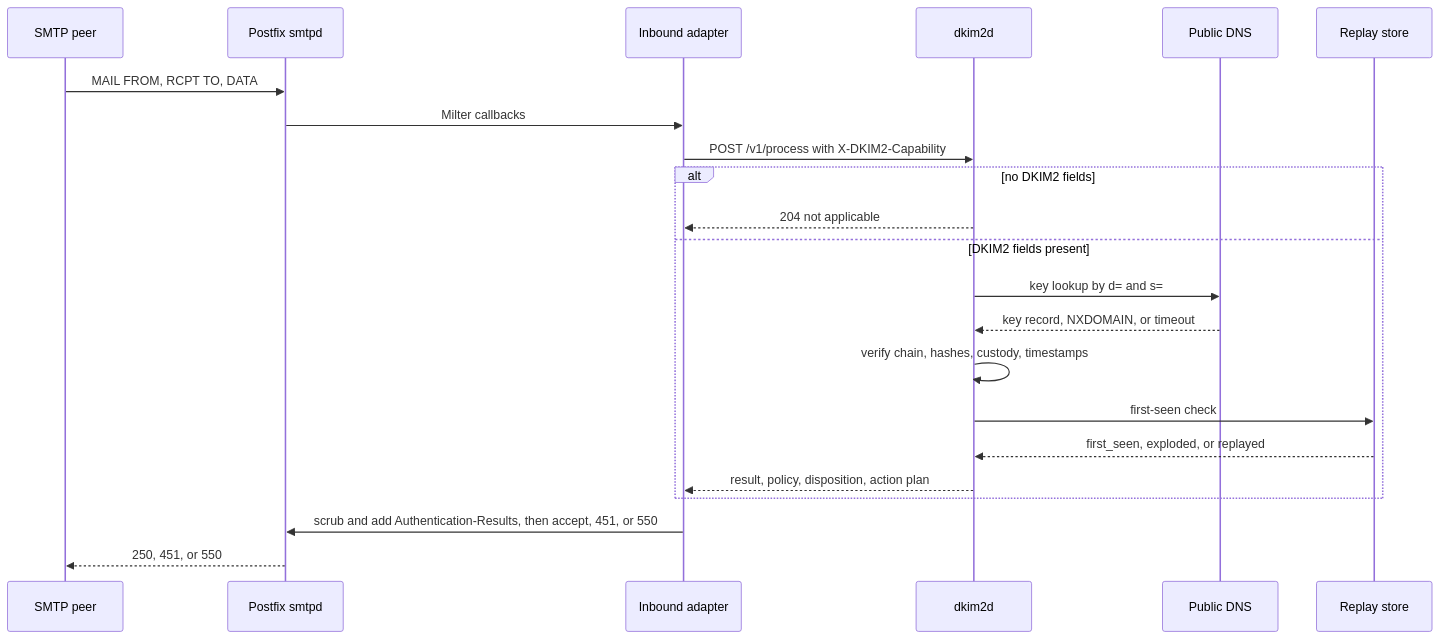
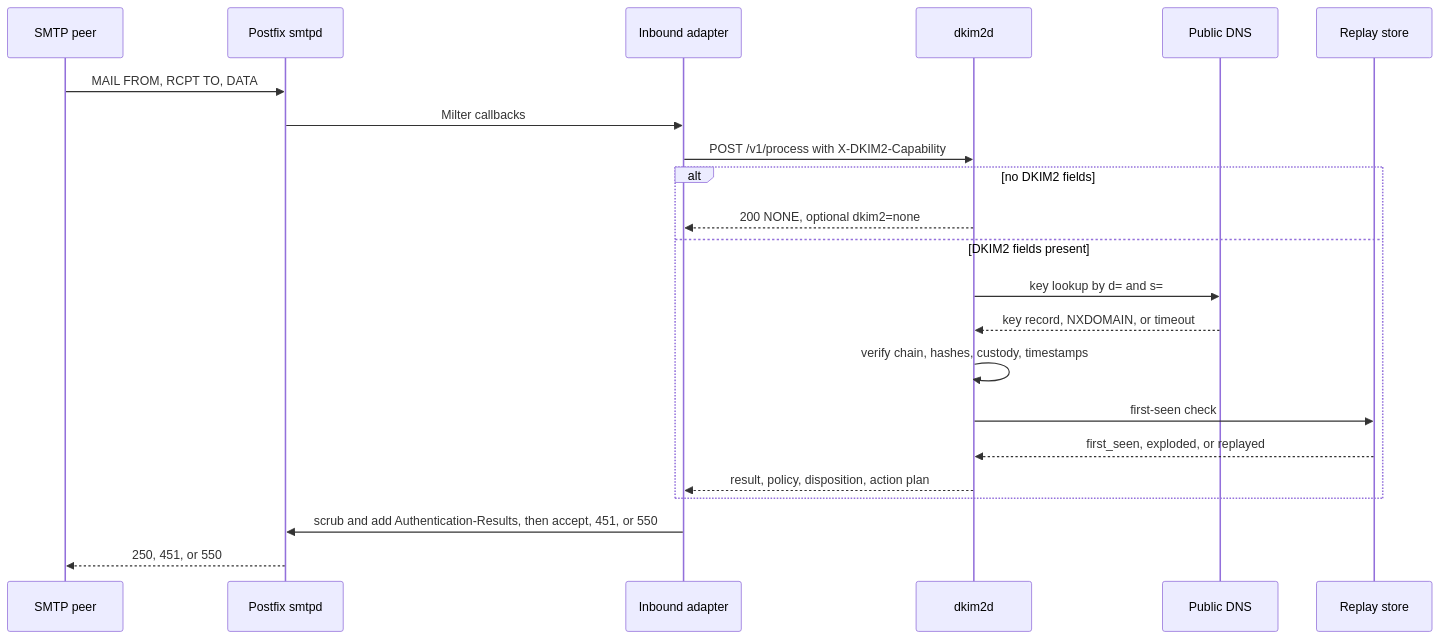
Before and after one commit to croessner/dkim2: the second of 10 diagrams in docs/operator/deployment-walkthrough.md, drawn with Mermaid. The commit also changed other lines of this file and 561 other files, not shown here.

````diff
--- a/docs/operator/deployment-walkthrough.md
+++ b/docs/operator/deployment-walkthrough.md
@@ -142,24 +142,24 @@
 ```mermaid
 sequenceDiagram
     participant Peer as SMTP peer
     participant MTA as Postfix smtpd
     participant Adapter as Inbound adapter
     participant Daemon as dkim2d
     participant DNS as Public DNS
     participant Replay as Replay store
     Peer->>MTA: MAIL FROM, RCPT TO, DATA
     MTA->>Adapter: Milter callbacks
     Adapter->>Daemon: POST /v1/process with X-DKIM2-Capability
     alt no DKIM2 fields
-        Daemon-->>Adapter: 204 not applicable
+        Daemon-->>Adapter: 200 NONE, optional dkim2=none
     else DKIM2 fields present
         Daemon->>DNS: key lookup by d= and s=
         DNS-->>Daemon: key record, NXDOMAIN, or timeout
         Daemon->>Daemon: verify chain, hashes, custody, timestamps
         Daemon->>Replay: first-seen check
         Replay-->>Daemon: first_seen, exploded, or replayed
         Daemon-->>Adapter: result, policy, disposition, action plan
     end
     Adapter->>MTA: scrub and add Authentication-Results, then accept, 451, or 550
     MTA-->>Peer: 250, 451, or 550
 ```
````
